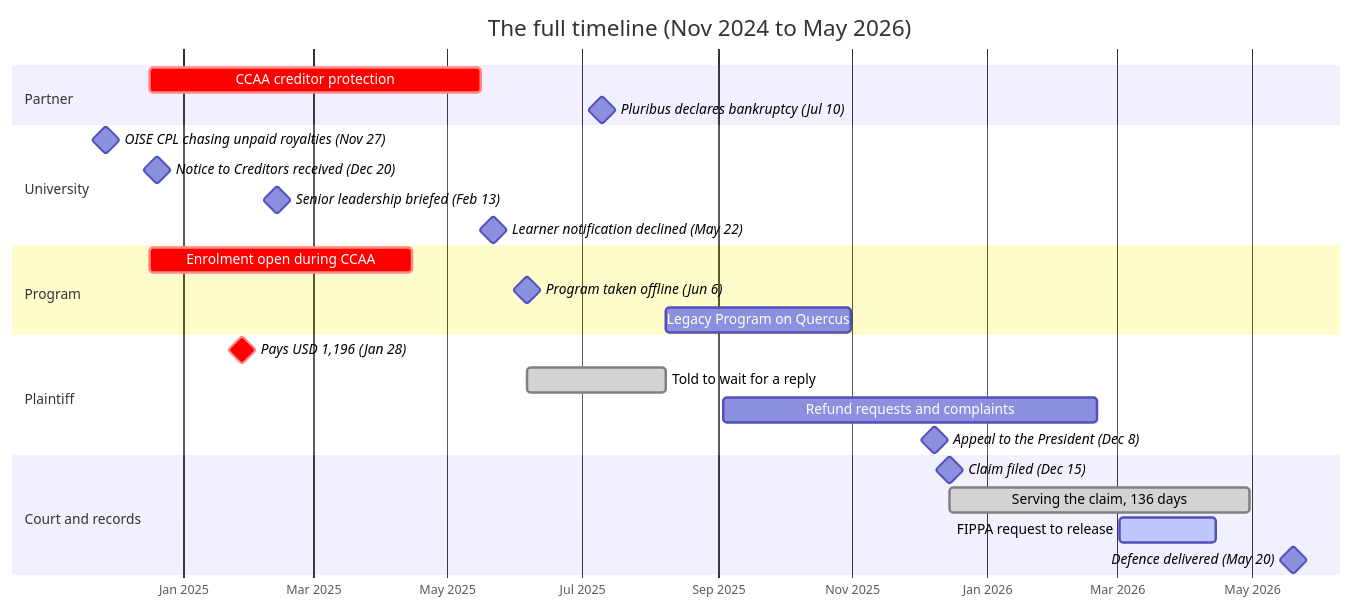
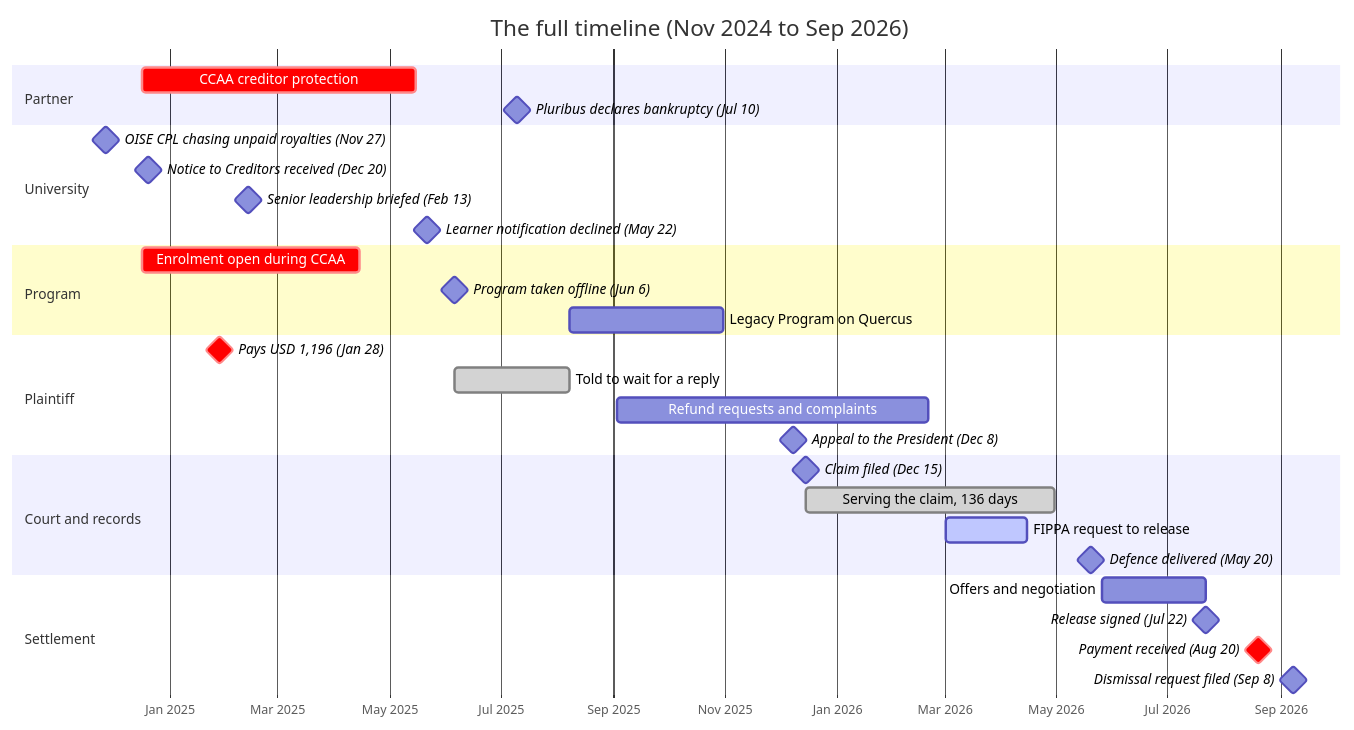
The first of 2 diagrams in README.md (whistleblower33/University-of-Toronto-OISE-TEFL-Certificate-Scandal), drawn with Mermaid before and after one commit. The commit also changed other lines of this file, not shown here.

````diff
--- a/README.md
+++ b/README.md
@@ -75,35 +94,41 @@
 ```mermaid
 gantt
-    title The full timeline (Nov 2024 to May 2026)
+    title The full timeline (Nov 2024 to Sep 2026)
     dateFormat YYYY-MM-DD
     axisFormat %b %Y
     tickInterval 2month
     todayMarker off
 
     section Partner
     CCAA creditor protection                     :crit, a1, 2024-12-17, 2025-05-16
     Pluribus declares bankruptcy (Jul 10)        :milestone, a2, 2025-07-10, 0d
 
     section University
     OISE CPL chasing unpaid royalties (Nov 27)   :milestone, b0, 2024-11-27, 0d
     Notice to Creditors received (Dec 20)        :milestone, b1, 2024-12-20, 0d
     Senior leadership briefed (Feb 13)           :milestone, b2, 2025-02-13, 0d
     Learner notification declined (May 22)       :milestone, b3, 2025-05-22, 0d
 
     section Program
     Enrolment open during CCAA                   :crit, c1, 2024-12-17, 2025-04-15
     Program taken offline (Jun 6)                :milestone, c2, 2025-06-06, 0d
     Legacy Program on Quercus                    :c3, 2025-08-08, 2025-10-31
 
     section Plaintiff
     Pays USD 1,196 (Jan 28)                      :crit, milestone, d1, 2025-01-28, 0d
     Told to wait for a reply                     :done, d2, 2025-06-06, 2025-08-08
     Refund requests and complaints               :d3, 2025-09-03, 2026-02-20
     Appeal to the President (Dec 8)              :milestone, d4, 2025-12-08, 0d
 
     section Court and records
     Claim filed (Dec 15)                         :milestone, e1, 2025-12-15, 0d
     Serving the claim, 136 days                  :done, e2, 2025-12-15, 2026-04-30
     FIPPA request to release                     :active, e3, 2026-03-02, 2026-04-15
     Defence delivered (May 20)                   :milestone, e4, 2026-05-20, 0d
+
+    section Settlement
+    Offers and negotiation                       :f1, 2026-05-26, 2026-07-22
+    Release signed (Jul 22)                      :milestone, f2, 2026-07-22, 0d
+    Payment received (Aug 20)                    :crit, milestone, f3, 2026-08-20, 0d
+    Dismissal request filed (Sep 8)              :milestone, f4, 2026-09-08, 0d
 ```
````
